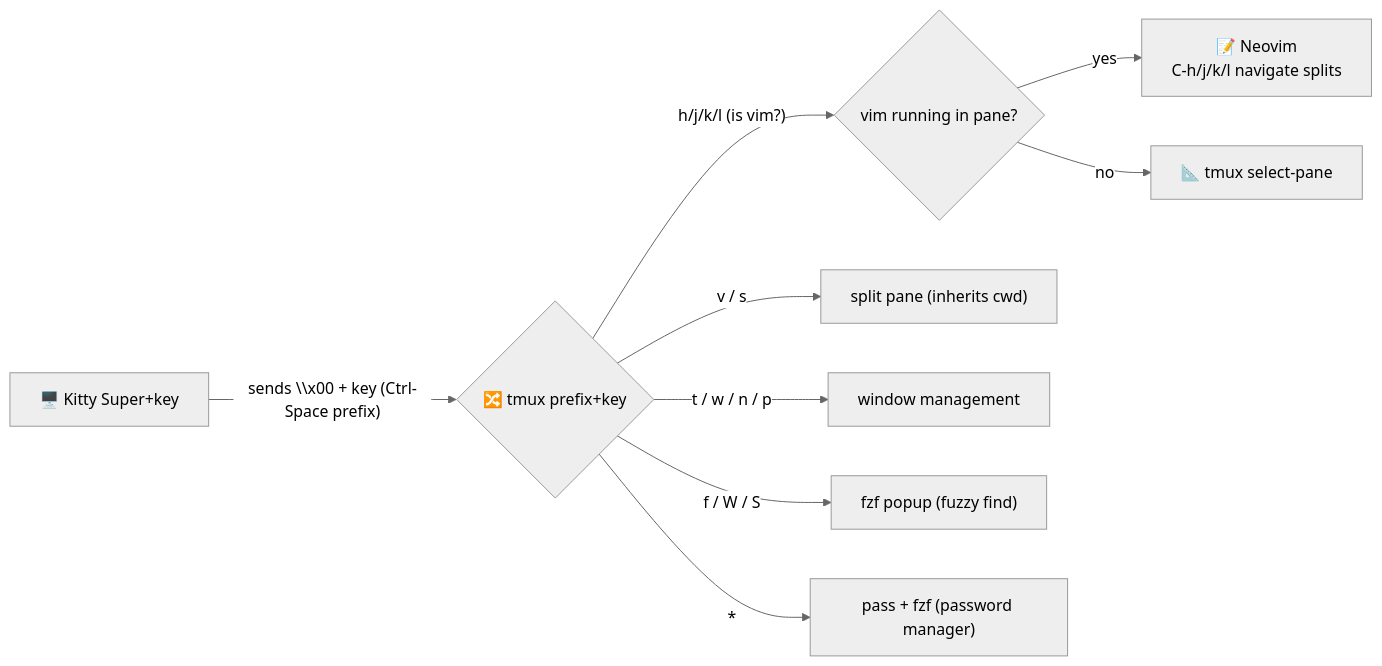
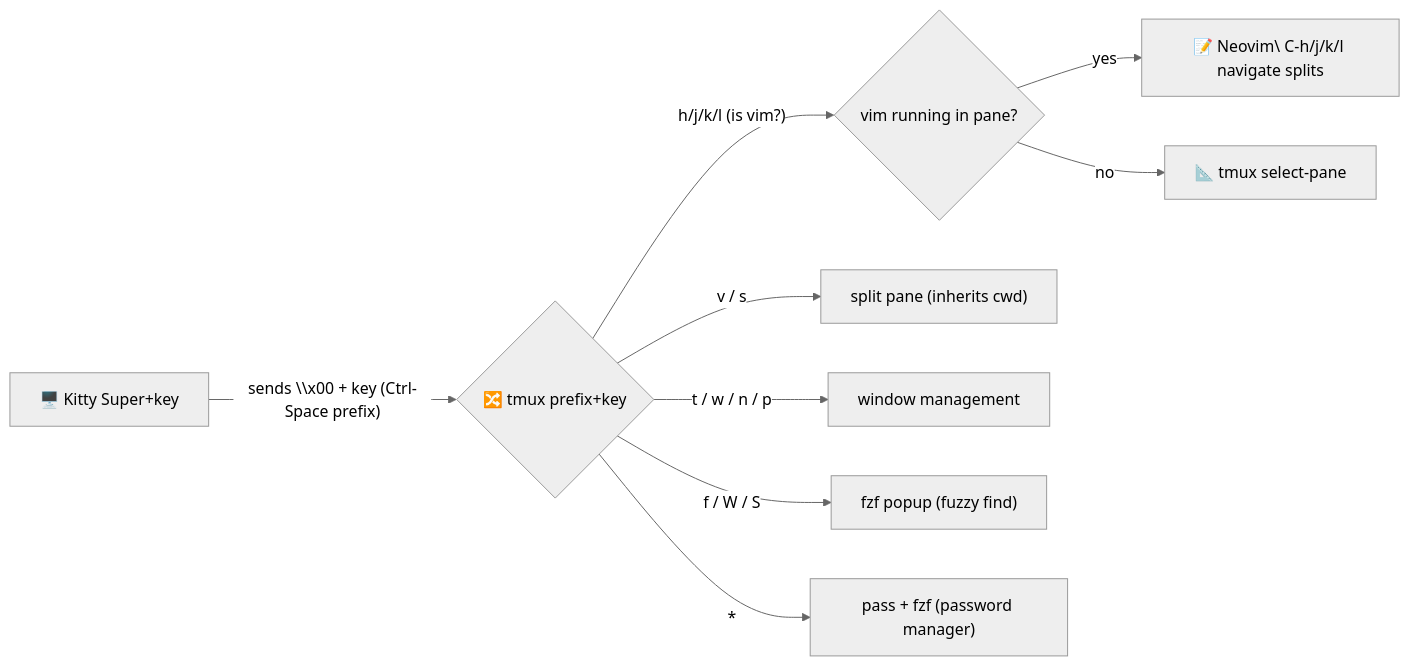
One commit to shaiknoorullah/tmux-config changed the diagram in README.md. Above: the diagram before and after it, drawn with Mermaid (neutral theme).

Commit message:
Fix formatting in README.md for Neovim navigation

````diff
--- a/README.md
+++ b/README.md
@@ -42,11 +42,11 @@
 ```mermaid
 flowchart LR
     K["🖥️ Kitty Super+key"] -- "sends \\x00 + key (Ctrl-Space prefix)" --> T{"🔀 tmux prefix+key"}
     T -- "h/j/k/l (is vim?)" --> Check{vim running in pane?}
-    Check -- "yes" --> N["📝 Neovim\nC-h/j/k/l navigate splits"]
+    Check -- "yes" --> N["📝 Neovim\ C-h/j/k/l navigate splits"]
     Check -- "no" --> P["📐 tmux select-pane"]
     T -- "v / s" --> Split["split pane (inherits cwd)"]
     T -- "t / w / n / p" --> Win["window management"]
     T -- "f / W / S" --> Fzf["fzf popup (fuzzy find)"]
     T -- "*" --> Pass["pass + fzf (password manager)"]
 ```
````
